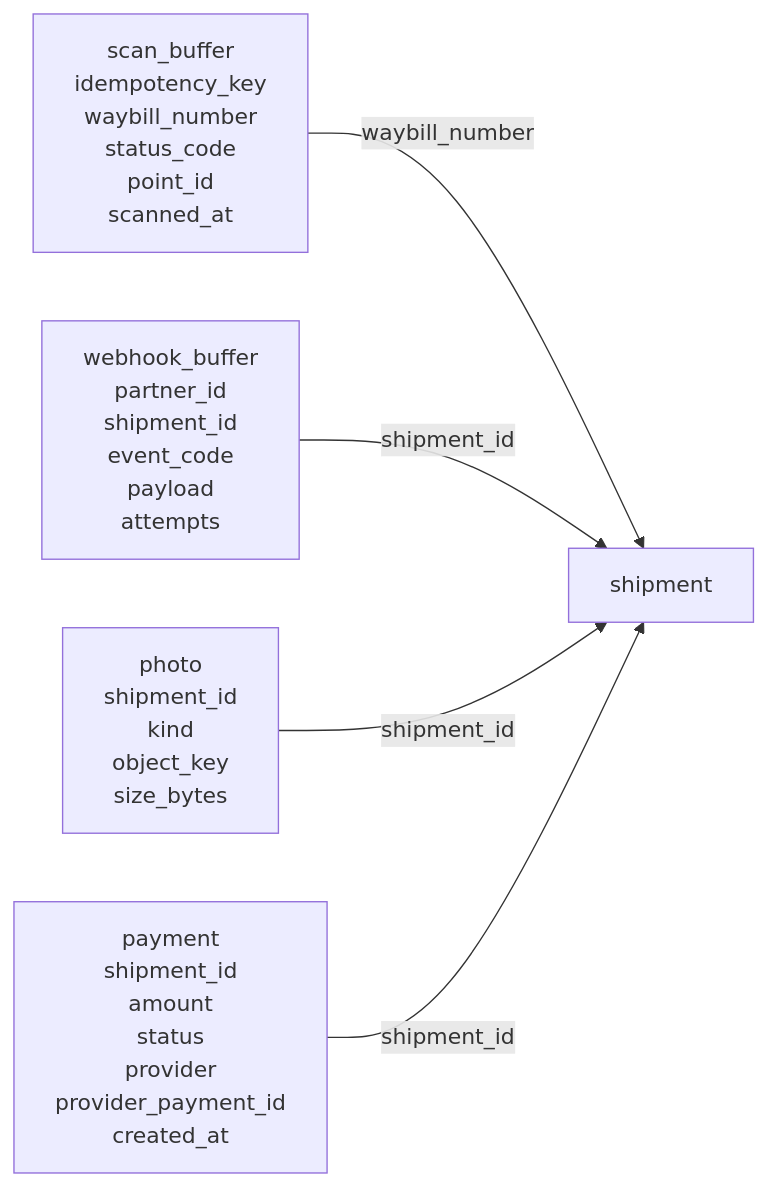
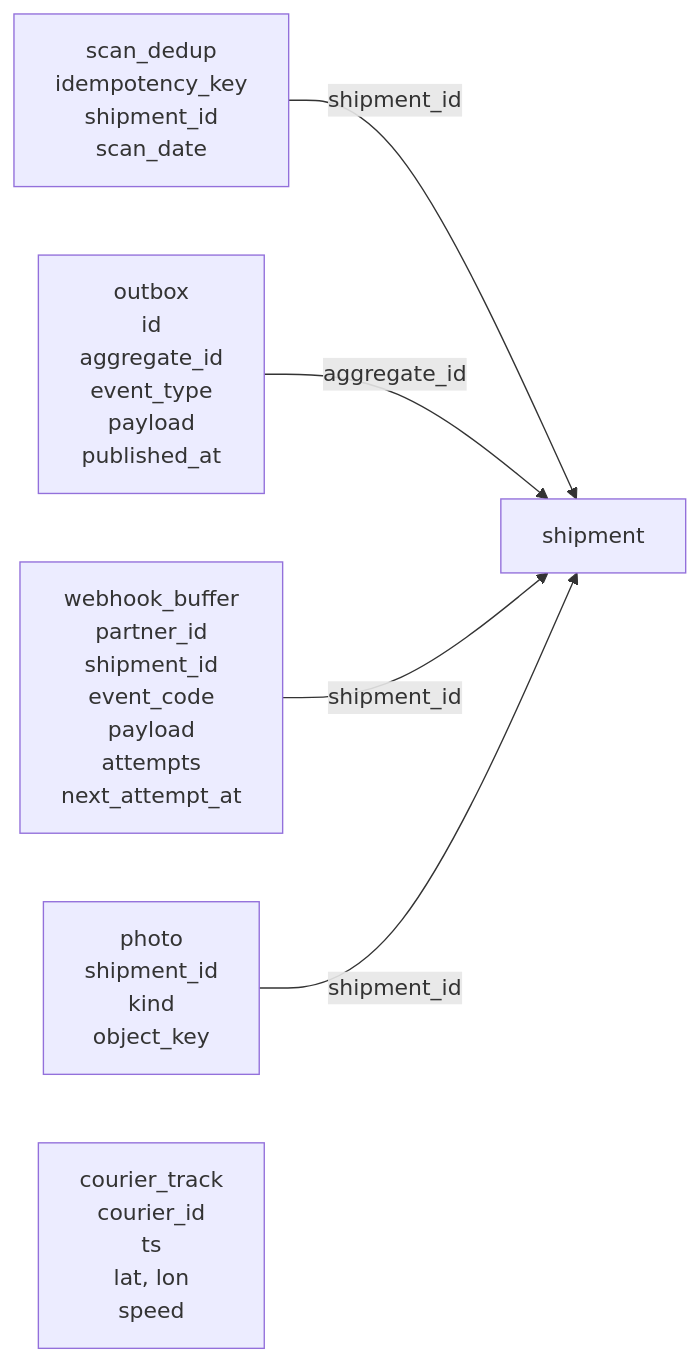
One commit to Ahandii/highload-vk-education changed the second of 2 diagrams in README.md. Above: the diagram before and after it, drawn with Mermaid. The commit also changed other lines of this file and 3 other files, not shown here.

````diff
--- a/README.md
+++ b/README.md
@@ -425,13 +408,14 @@
 ```mermaid
 flowchart LR
     S["shipment"]
-    SB["scan_buffer<br/>idempotency_key<br/>waybill_number<br/>status_code<br/>point_id<br/>scanned_at"]
-    WB["webhook_buffer<br/>partner_id<br/>shipment_id<br/>event_code<br/>payload<br/>attempts"]
-    PH["photo<br/>shipment_id<br/>kind<br/>object_key<br/>size_bytes"]
-    PAY["payment<br/>shipment_id<br/>amount<br/>status<br/>provider<br/>provider_payment_id<br/>created_at"]
+    SD["scan_dedup<br/>idempotency_key<br/>shipment_id<br/>scan_date"]
+    OB["outbox<br/>id<br/>aggregate_id<br/>event_type<br/>payload<br/>published_at"]
+    WB["webhook_buffer<br/>partner_id<br/>shipment_id<br/>event_code<br/>payload<br/>attempts<br/>next_attempt_at"]
+    PH["photo<br/>shipment_id<br/>kind<br/>object_key"]
+    CT["courier_track<br/>courier_id<br/>ts<br/>lat, lon<br/>speed"]
 
-    SB -->|waybill_number| S
+    SD -->|shipment_id| S
+    OB -->|aggregate_id| S
     WB -->|shipment_id| S
     PH -->|shipment_id| S
-    PAY -->|shipment_id| S
 ```
````
